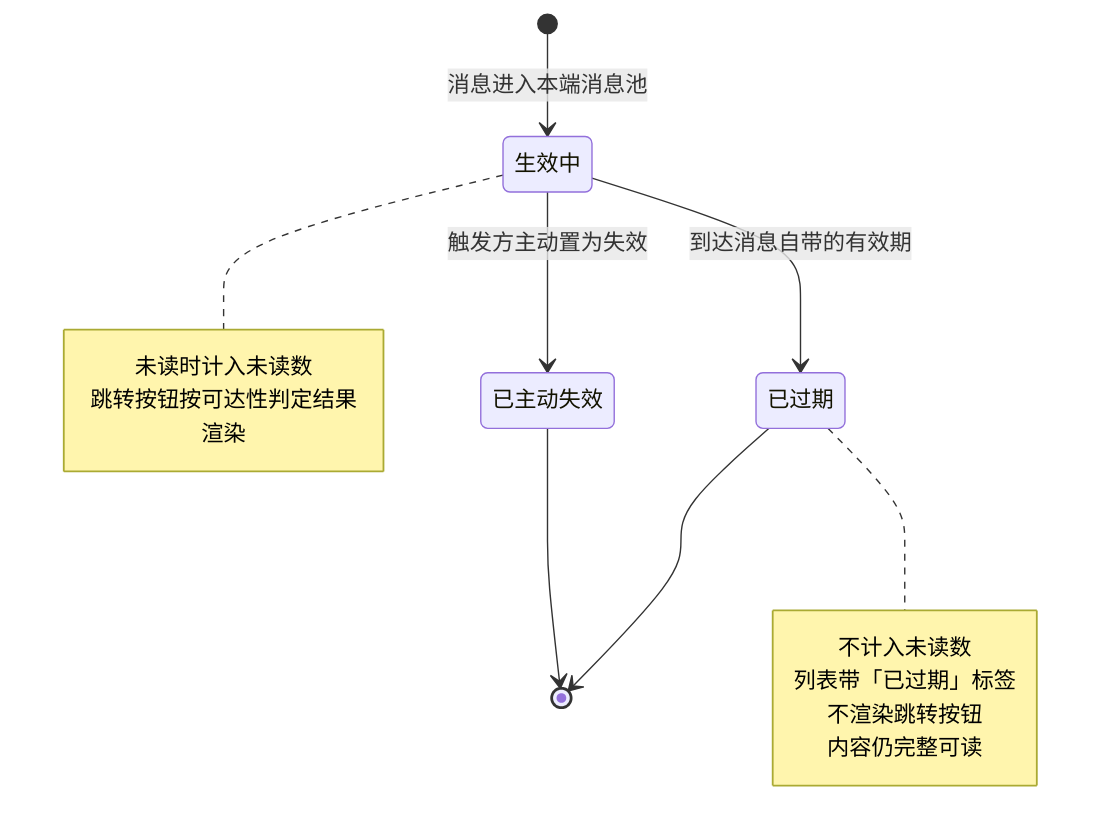
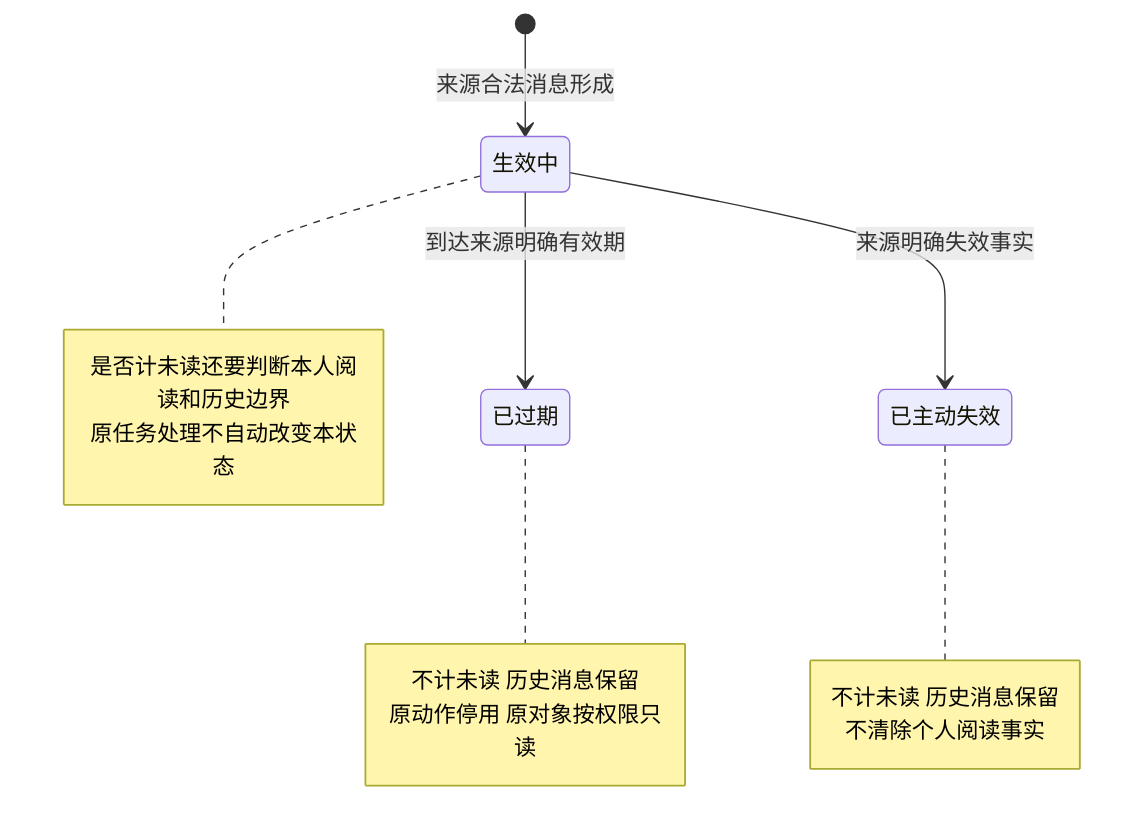
The fifth of 7 diagrams in lending-platform/PRD/v1.0-运营端消息通知/v1.0-运营端消息通知-流程图与状态机.md (wxblockchain/Chain-Financing), drawn with Mermaid before and after one commit. The commit also changed other lines of this file and 3 other files, not shown here.

````diff
--- a/lending-platform/PRD/v1.0-运营端消息通知/v1.0-运营端消息通知-流程图与状态机.md
+++ b/lending-platform/PRD/v1.0-运营端消息通知/v1.0-运营端消息通知-流程图与状态机.md
@@ -155,19 +114,18 @@
 ```mermaid
 stateDiagram-v2
-    [*] --> 生效中: 消息进入本端消息池
-    生效中 --> 已过期: 到达消息自带的有效期
-    生效中 --> 已主动失效: 触发方主动置为失效
-    已过期 --> [*]
-    已主动失效 --> [*]
-
+    [*] --> 生效中: 来源合法消息形成
+    生效中 --> 已过期: 到达来源明确有效期
+    生效中 --> 已主动失效: 来源明确失效事实
     note right of 生效中
-        未读时计入未读数
-        跳转按钮按可达性判定结果渲染
+        是否计未读还要判断本人阅读和历史边界
+        原任务处理不自动改变本状态
     end note
     note right of 已过期
-        不计入未读数
-        列表带「已过期」标签
-        不渲染跳转按钮
-        内容仍完整可读
+        不计未读 历史消息保留
+        原动作停用 原对象按权限只读
+    end note
+    note right of 已主动失效
+        不计未读 历史消息保留
+        不清除个人阅读事实
     end note
 ```
````
